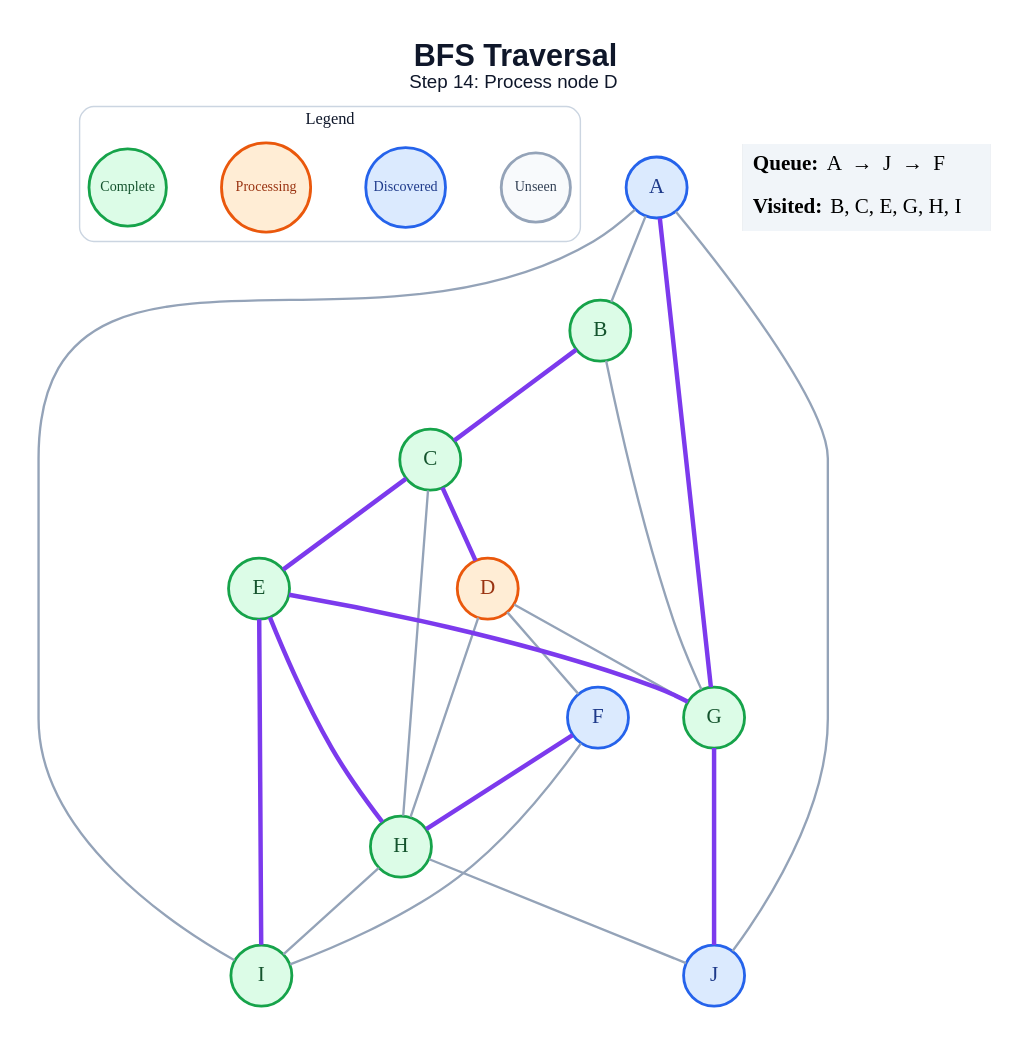
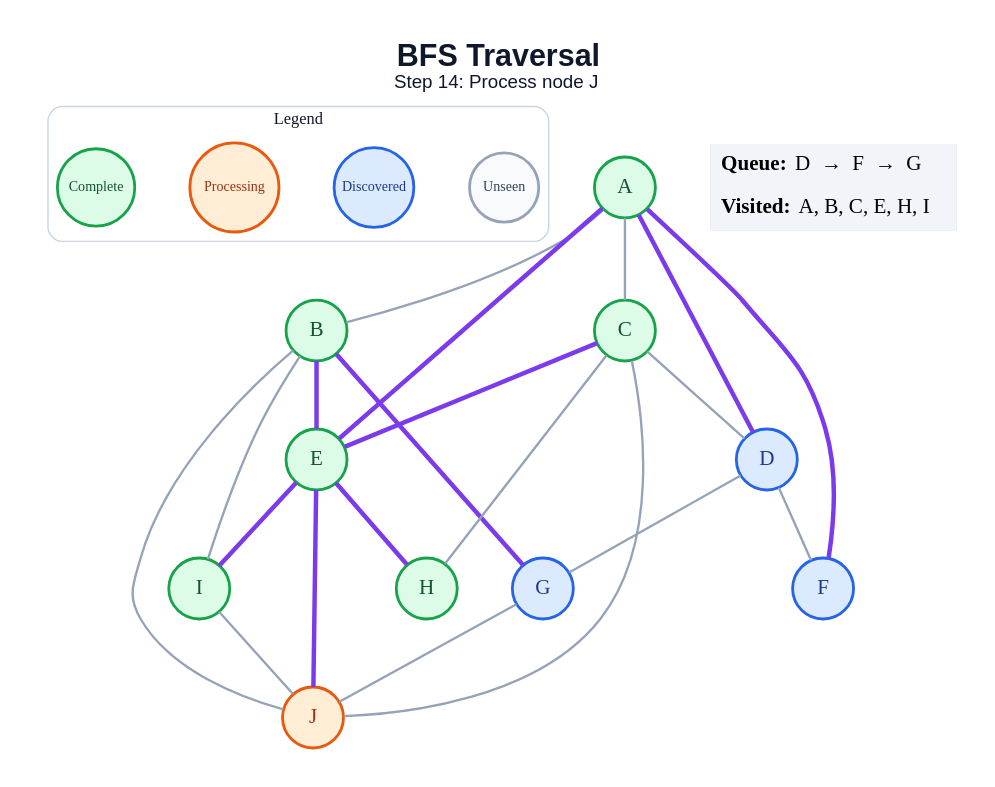
One commit to amanghodawala9/ai-slop changed the diagram in generated/specific-node/bfs/step_14.dot. Above: the diagram before and after it, drawn with Graphviz. The commit also changed 178 other files, not shown here.

```diff
--- a/generated/specific-node/bfs/step_14.dot
+++ b/generated/specific-node/bfs/step_14.dot
@@ -1,49 +1,49 @@
 graph traversal {
   graph [layout=dot, rankdir=TB, bgcolor="#FFFFFF", pad="0.35", nodesep="0.65", ranksep="0.8", fontname="Arial"];
   node [shape=circle, style="filled", fontname="Arial Bold", fontsize=18, width=0.72, fixedsize=true, penwidth=2.4];
   edge [color="#94A3B8", penwidth=2.0];
-  label=<<B>BFS Traversal</B><BR/><FONT POINT-SIZE="16">Step 14: Process node D</FONT>>; labelloc="t"; fontsize=26; fontname="Arial"; fontcolor="#0F172A";
+  label=<<B>BFS Traversal</B><BR/><FONT POINT-SIZE="16">Step 14: Process node J</FONT>>; labelloc="t"; fontsize=26; fontname="Arial"; fontcolor="#0F172A";
   subgraph cluster_legend { label="Legend"; color="#CBD5E1"; penwidth=1.2; style="rounded"; fontsize=14; fontname="Arial Bold";
     key_unseen [label="Unseen", fillcolor="#F8FAFC", color="#94A3B8", fontcolor="#334155", fontsize=12, width=0.82];
     key_frontier [label="Discovered", fillcolor="#DBEAFE", color="#2563EB", fontcolor="#1E3A8A", fontsize=12, width=0.95];
     key_current [label="Processing", fillcolor="#FFEDD5", color="#EA580C", fontcolor="#9A3412", fontsize=12, width=1.05];
     key_done [label="Complete", fillcolor="#DCFCE7", color="#16A34A", fontcolor="#14532D", fontsize=12, width=0.92];
     { rank=same; key_unseen; key_frontier; key_current; key_done; }
   }
-  A [fillcolor="#DBEAFE", color="#2563EB", fontcolor="#1E3A8A"];
+  A [fillcolor="#DCFCE7", color="#16A34A", fontcolor="#14532D"];
   B [fillcolor="#DCFCE7", color="#16A34A", fontcolor="#14532D"];
   C [fillcolor="#DCFCE7", color="#16A34A", fontcolor="#14532D"];
-  D [fillcolor="#FFEDD5", color="#EA580C", fontcolor="#9A3412"];
+  D [fillcolor="#DBEAFE", color="#2563EB", fontcolor="#1E3A8A"];
   E [fillcolor="#DCFCE7", color="#16A34A", fontcolor="#14532D"];
   F [fillcolor="#DBEAFE", color="#2563EB", fontcolor="#1E3A8A"];
-  G [fillcolor="#DCFCE7", color="#16A34A", fontcolor="#14532D"];
+  G [fillcolor="#DBEAFE", color="#2563EB", fontcolor="#1E3A8A"];
   H [fillcolor="#DCFCE7", color="#16A34A", fontcolor="#14532D"];
   I [fillcolor="#DCFCE7", color="#16A34A", fontcolor="#14532D"];
-  J [fillcolor="#DBEAFE", color="#2563EB", fontcolor="#1E3A8A"];
+  J [fillcolor="#FFEDD5", color="#EA580C", fontcolor="#9A3412"];
   A -- B;
-  A -- G [color="#7C3AED", penwidth=3.8];
-  A -- I;
-  A -- J;
-  B -- C [color="#7C3AED", penwidth=3.8];
-  B -- G;
-  C -- D [color="#7C3AED", penwidth=3.8];
+  A -- C;
+  A -- D [color="#7C3AED", penwidth=3.8];
+  A -- E [color="#7C3AED", penwidth=3.8];
+  A -- F [color="#7C3AED", penwidth=3.8];
+  B -- E [color="#7C3AED", penwidth=3.8];
+  B -- G [color="#7C3AED", penwidth=3.8];
+  B -- I;
+  B -- J;
+  C -- D;
   C -- E [color="#7C3AED", penwidth=3.8];
   C -- H;
+  C -- J;
   D -- F;
   D -- G;
-  D -- H;
-  E -- G [color="#7C3AED", penwidth=3.8];
   E -- H [color="#7C3AED", penwidth=3.8];
   E -- I [color="#7C3AED", penwidth=3.8];
-  F -- H [color="#7C3AED", penwidth=3.8];
-  F -- I;
-  G -- J [color="#7C3AED", penwidth=3.8];
-  H -- I;
-  H -- J;
+  E -- J [color="#7C3AED", penwidth=3.8];
+  G -- J;
+  I -- J;
   status [shape=plain, fixedsize=false, width=0, height=0, margin=0, label=<
     <TABLE BORDER="0" CELLBORDER="0" CELLPADDING="7" BGCOLOR="#F1F5F9">
-      <TR><TD ALIGN="LEFT"><B>Queue:</B> A  →  J  →  F</TD></TR>
-      <TR><TD ALIGN="LEFT"><B>Visited:</B> B, C, E, G, H, I</TD></TR>
+      <TR><TD ALIGN="LEFT"><B>Queue:</B> D  →  F  →  G</TD></TR>
+      <TR><TD ALIGN="LEFT"><B>Visited:</B> A, B, C, E, H, I</TD></TR>
     </TABLE>
   >];
 }
```
